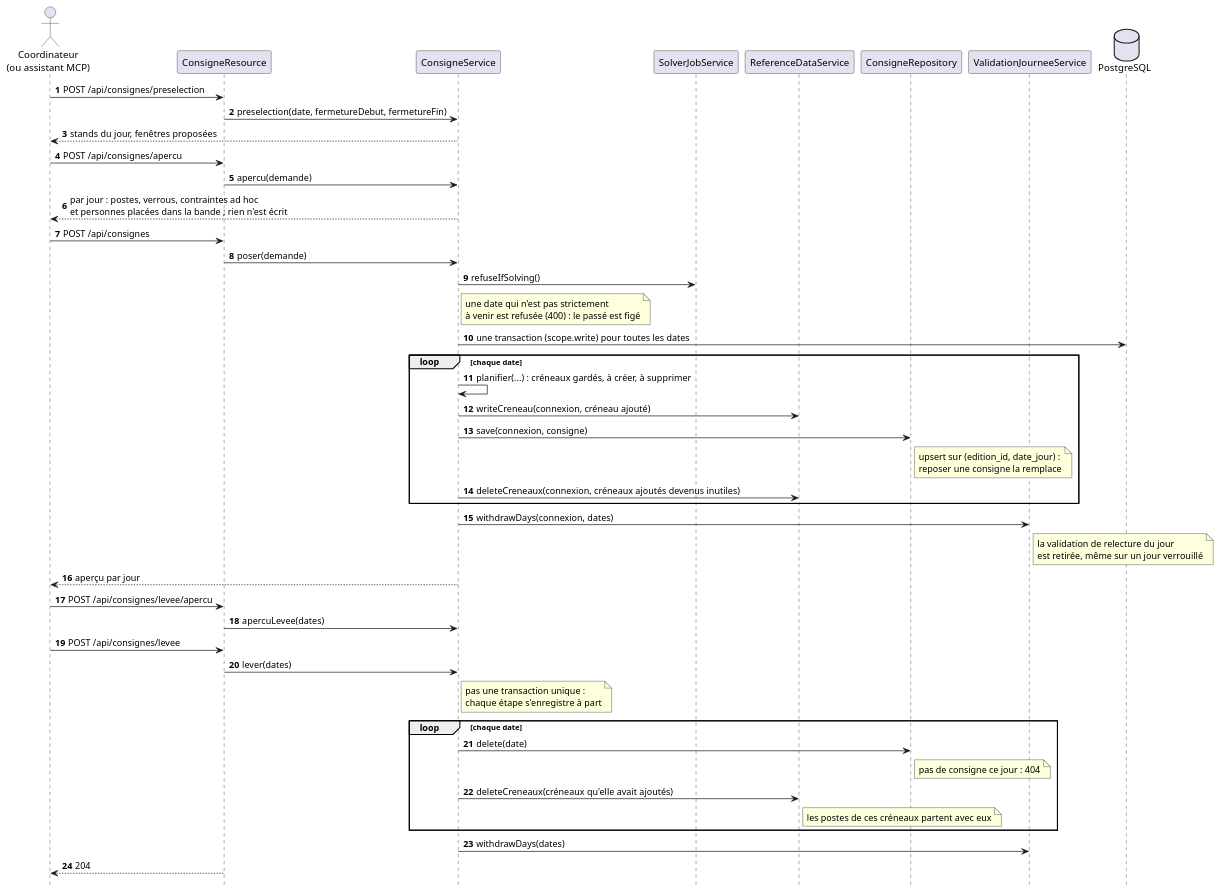
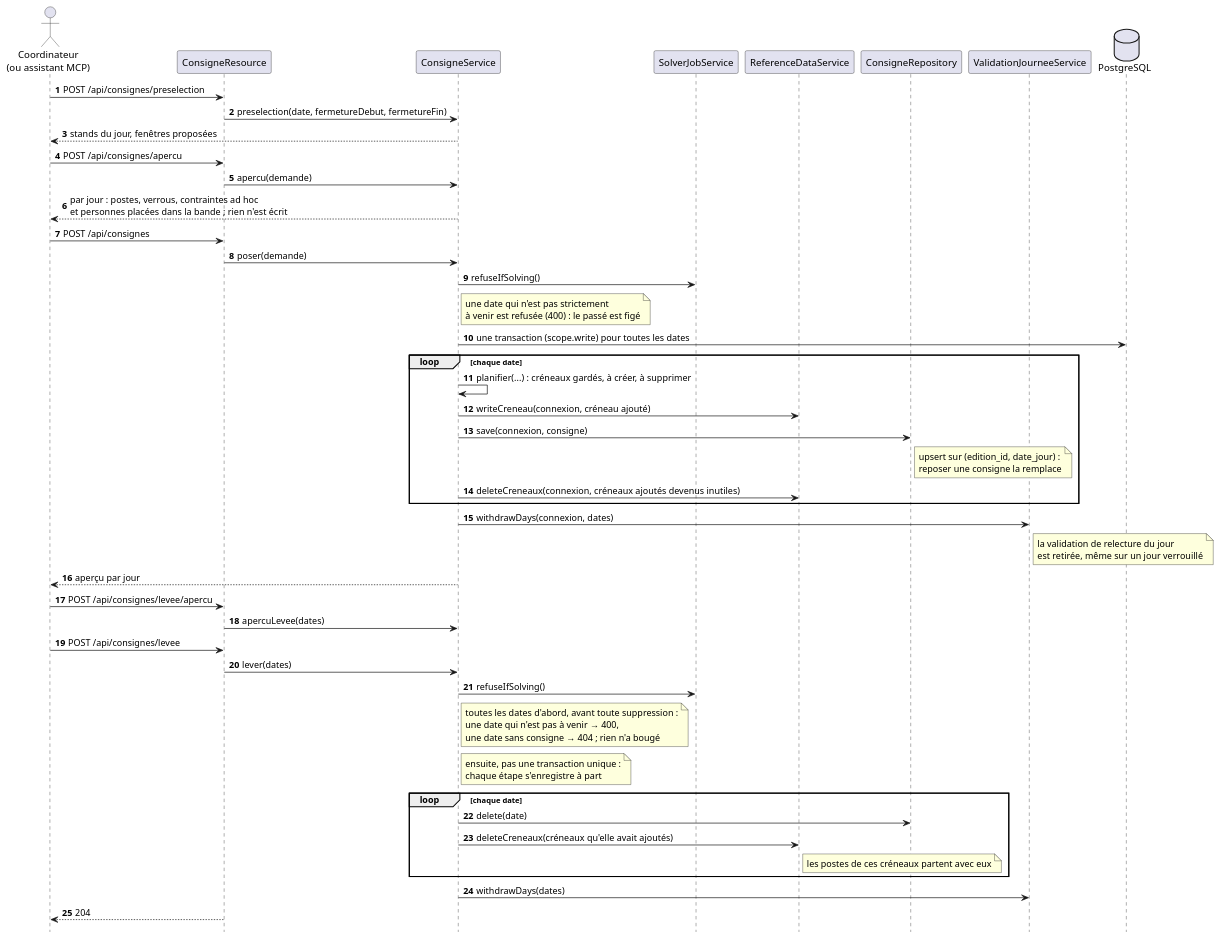
The diagram in docs/diagrammes/consigne.puml (sylvainmetayer/planning-equipes), drawn with PlantUML before and after one commit. The commit also changed 6 other files, not shown here.

First line of the commit message:
test(diagrammes): des contrôles qui ne laissent plus passer de dérive

```diff
--- a/docs/diagrammes/consigne.puml
+++ b/docs/diagrammes/consigne.puml
@@ -1,58 +1,63 @@
 @startuml
 ' Une consigne ferme une bande horaire, pour tout l'événement, un jour donné :
 ' la préremplir, la simuler, la poser, puis la lever. Rien n'est détruit :
 ' les créneaux nominaux, leurs postes et leurs verrous restent ; le résolveur
 ' de consignes ne génère simplement plus de poste dans la bande.
 ' Voir docs/api.md, « Consignes », et docs/decisions/0043.
 skinparam backgroundColor #FFFFFF
 skinparam responseMessageBelowArrow true
 hide footbox
 autonumber
 
 actor "Coordinateur\n(ou assistant MCP)" as admin
 participant ConsigneResource as resource
 participant ConsigneService as consignes
 participant SolverJobService as jobs
 participant ReferenceDataService as referentiel
 participant ConsigneRepository as depot
 participant ValidationJourneeService as validations
 database PostgreSQL as db
 
 admin -> resource : POST /api/consignes/preselection
 resource -> consignes : preselection(date, fermetureDebut, fermetureFin)
 consignes --> admin : stands du jour, fenêtres proposées
 
 admin -> resource : POST /api/consignes/apercu
 resource -> consignes : apercu(demande)
 consignes --> admin : par jour : postes, verrous, contraintes ad hoc\net personnes placées dans la bande ; rien n'est écrit
 
 admin -> resource : POST /api/consignes
 resource -> consignes : poser(demande)
 consignes -> jobs : refuseIfSolving()
 note right of consignes : une date qui n'est pas strictement\nà venir est refusée (400) : le passé est figé
 consignes -> db : une transaction (scope.write) pour toutes les dates
 loop chaque date
   consignes -> consignes : planifier(...) : créneaux gardés, à créer, à supprimer
   consignes -> referentiel : writeCreneau(connexion, créneau ajouté)
   consignes -> depot : save(connexion, consigne)
   note right of depot : upsert sur (edition_id, date_jour) :\nreposer une consigne la remplace
   consignes -> referentiel : deleteCreneaux(connexion, créneaux ajoutés devenus inutiles)
 end
 consignes -> validations : withdrawDays(connexion, dates)
 note right of validations : la validation de relecture du jour\nest retirée, même sur un jour verrouillé
 consignes --> admin : aperçu par jour
 
 admin -> resource : POST /api/consignes/levee/apercu
 resource -> consignes : apercuLevee(dates)
 admin -> resource : POST /api/consignes/levee
 resource -> consignes : lever(dates)
-note right of consignes : pas une transaction unique :\nchaque étape s'enregistre à part
+consignes -> jobs : refuseIfSolving()
+note right of consignes
+  toutes les dates d'abord, avant toute suppression :
+  une date qui n'est pas à venir → 400,
+  une date sans consigne → 404 ; rien n'a bougé
+end note
+note right of consignes : ensuite, pas une transaction unique :\nchaque étape s'enregistre à part
 loop chaque date
   consignes -> depot : delete(date)
-  note right of depot : pas de consigne ce jour : 404
   consignes -> referentiel : deleteCreneaux(créneaux qu'elle avait ajoutés)
   note right of referentiel : les postes de ces créneaux partent avec eux
 end
 consignes -> validations : withdrawDays(dates)
 resource --> admin : 204
 @enduml
```
